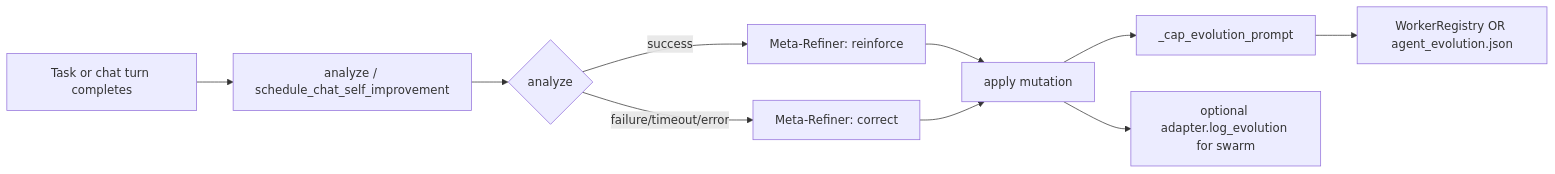
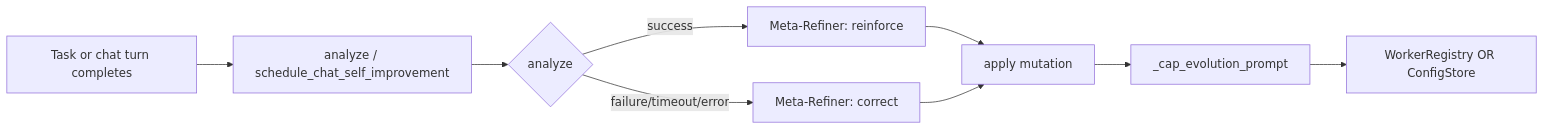
The diagram in docs/docs/guide/swarm-orchestration.md (Mubder/kazma), drawn with Mermaid before and after one commit. The commit also changed other lines of this file and 3 other files, not shown here.

````diff
--- a/docs/docs/guide/swarm-orchestration.md
+++ b/docs/docs/guide/swarm-orchestration.md
@@ -322,12 +329,11 @@
 ```mermaid
 flowchart LR
     T[Task or chat turn completes] --> SI[analyze / schedule_chat_self_improvement]
     SI --> A{analyze}
     A -->|success| S[Meta-Refiner: reinforce]
     A -->|failure/timeout/error| F[Meta-Refiner: correct]
     S --> AA[apply mutation]
     F --> AA
     AA --> CP[_cap_evolution_prompt]
-    CP --> WR[WorkerRegistry OR agent_evolution.json]
-    AA --> LE[optional adapter.log_evolution for swarm]
+    CP --> WR[WorkerRegistry OR ConfigStore]
 ```
````
